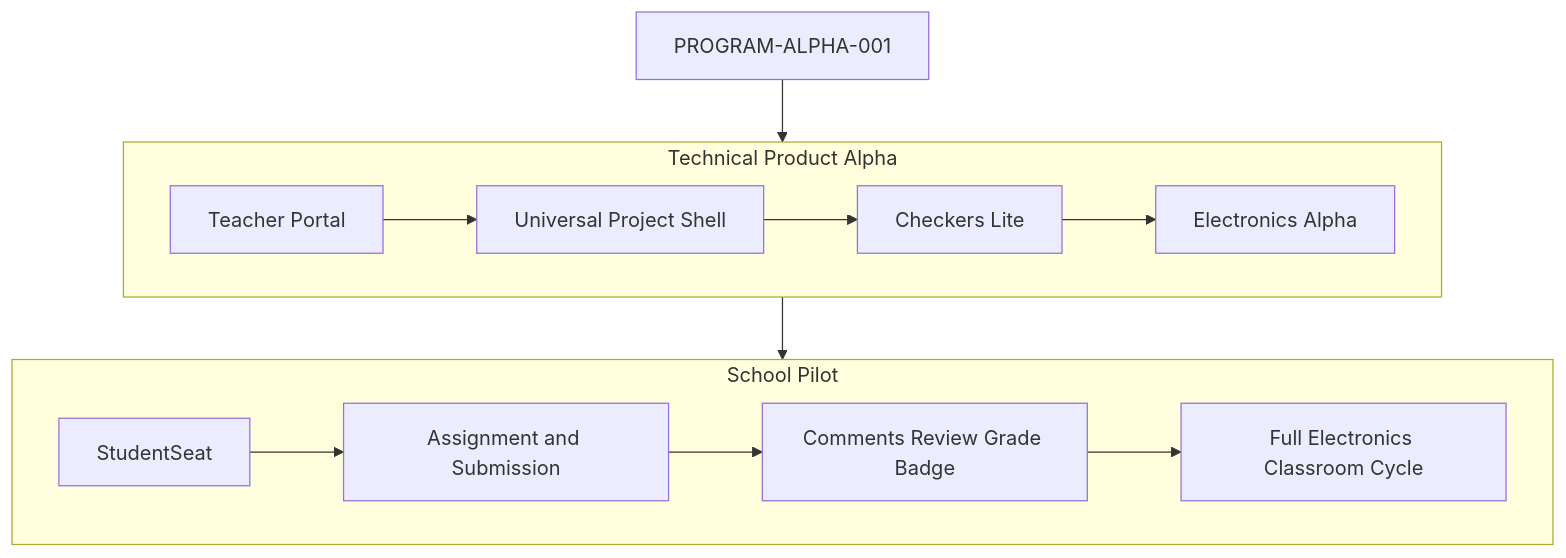
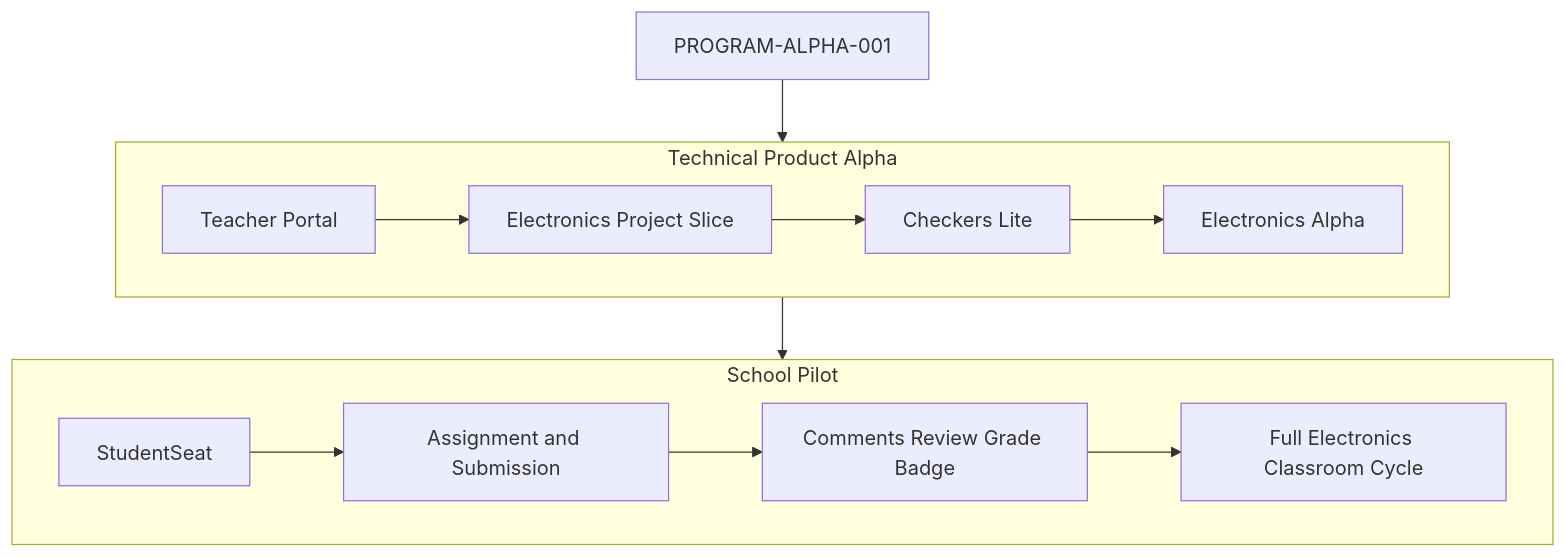
The second of 6 diagrams in docs/project-map/PROJECT_MAP.md (spikeal8-maker/asa-lab), drawn with Mermaid before and after one commit. The commit also changed other lines of this file and 4 other files, not shown here.

First line of the commit message:
chore(map): after-merge transition to the Electronics Project Slice

````diff
--- a/docs/project-map/PROJECT_MAP.md
+++ b/docs/project-map/PROJECT_MAP.md
@@ -40,23 +40,23 @@
 ```mermaid
 flowchart TB
     PROGRAM[PROGRAM-ALPHA-001]
 
     subgraph TECH[Technical Product Alpha]
         P1[Teacher Portal]
-        P2[Universal Project Shell]
+        P2[Electronics Project Slice]
         P3[Checkers Lite]
         P4[Electronics Alpha]
         P1 --> P2 --> P3 --> P4
     end
 
     subgraph PILOT[School Pilot]
         S1[StudentSeat]
         S2[Assignment and Submission]
         S3[Comments Review Grade Badge]
         S4[Full Electronics Classroom Cycle]
         S1 --> S2 --> S3 --> S4
     end
 
     PROGRAM --> TECH
     TECH --> PILOT
 ```
````
